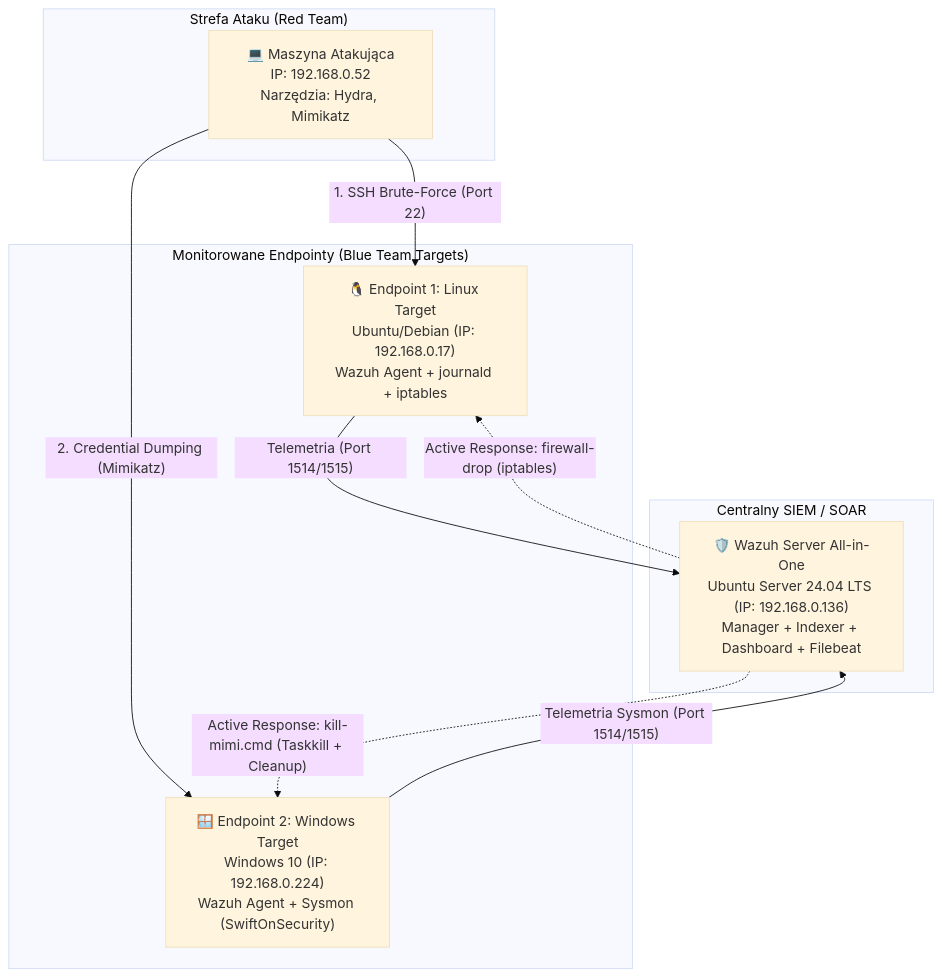
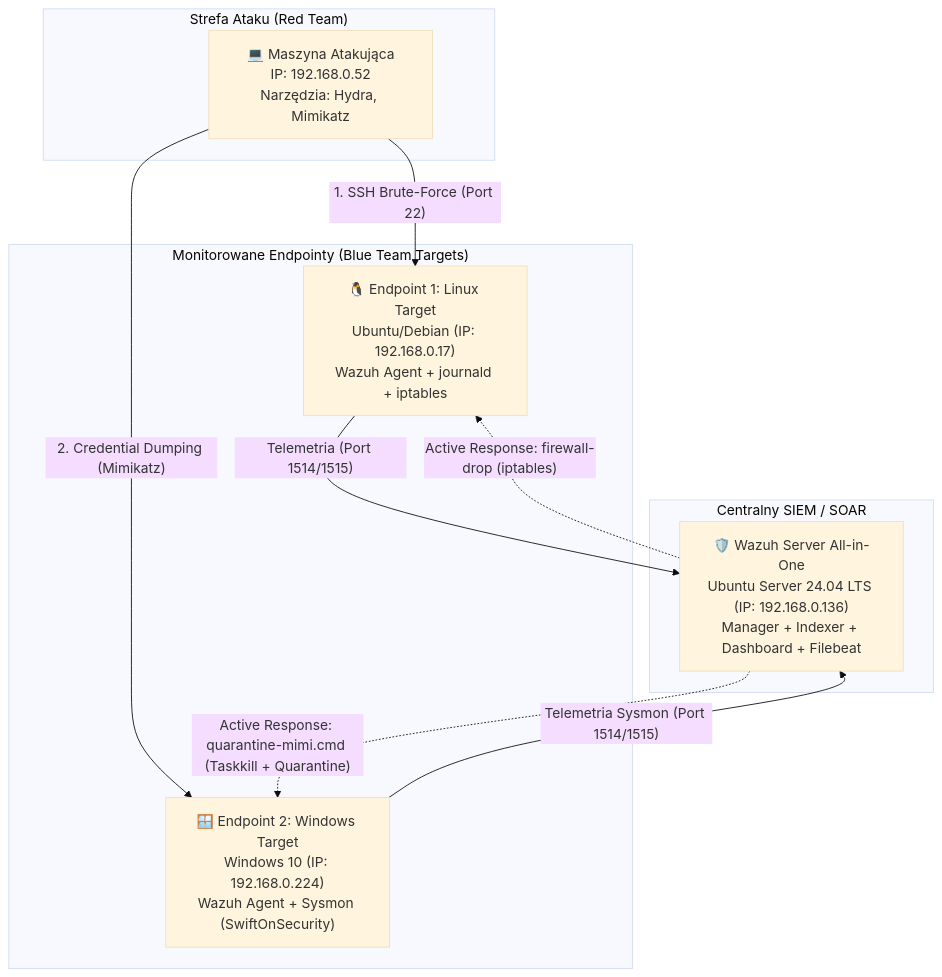
One commit to PiotrAsyngier/Homelab-Wazuh changed the diagram in README.md. Above: the diagram before and after it, drawn with Mermaid (base theme). The commit also changed other lines of this file and 4 other files, not shown here.

Commit message:
Fix quarantine active response integration

````diff
--- a/README.md
+++ b/README.md
@@ -15,22 +15,22 @@
 ```mermaid
 graph TD
     subgraph "Strefa Ataku (Red Team)"
         Attacker["💻 Maszyna Atakująca<br/>IP: 192.168.0.52<br/>Narzędzia: Hydra, Mimikatz"]
     end
 
     subgraph "Monitorowane Endpointy (Blue Team Targets)"
         LinuxTarget["🐧 Endpoint 1: Linux Target<br/>Ubuntu/Debian (IP: 192.168.0.17)<br/>Wazuh Agent + journald + iptables"]
         WinTarget["🪟 Endpoint 2: Windows Target<br/>Windows 10 (IP: 192.168.0.224)<br/>Wazuh Agent + Sysmon (SwiftOnSecurity)"]
     end
 
     subgraph "Centralny SIEM / SOAR"
         WazuhSIEM["🛡️ Wazuh Server All-in-One<br/>Ubuntu Server 24.04 LTS (IP: 192.168.0.136)<br/>Manager + Indexer + Dashboard + Filebeat"]
     end
 
     Attacker -->|"1. SSH Brute-Force (Port 22)"| LinuxTarget
     Attacker -->|"2. Credential Dumping (Mimikatz)"| WinTarget
     LinuxTarget -->|"Telemetria (Port 1514/1515)"| WazuhSIEM
     WinTarget -->|"Telemetria Sysmon (Port 1514/1515)"| WazuhSIEM
     WazuhSIEM -.->|"Active Response: firewall-drop (iptables)"| LinuxTarget
-    WazuhSIEM -.->|"Active Response: kill-mimi.cmd (Taskkill + Cleanup)"| WinTarget
+    WazuhSIEM -.->|"Active Response: quarantine-mimi.cmd (Taskkill + Quarantine)"| WinTarget
 ```
````
